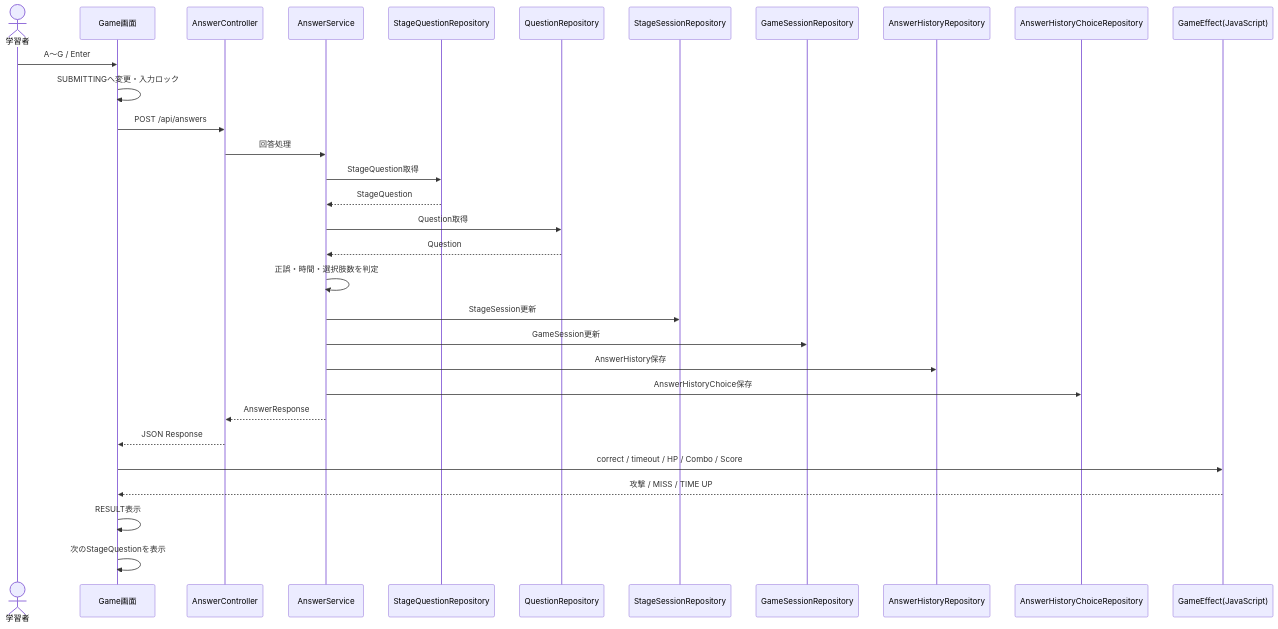
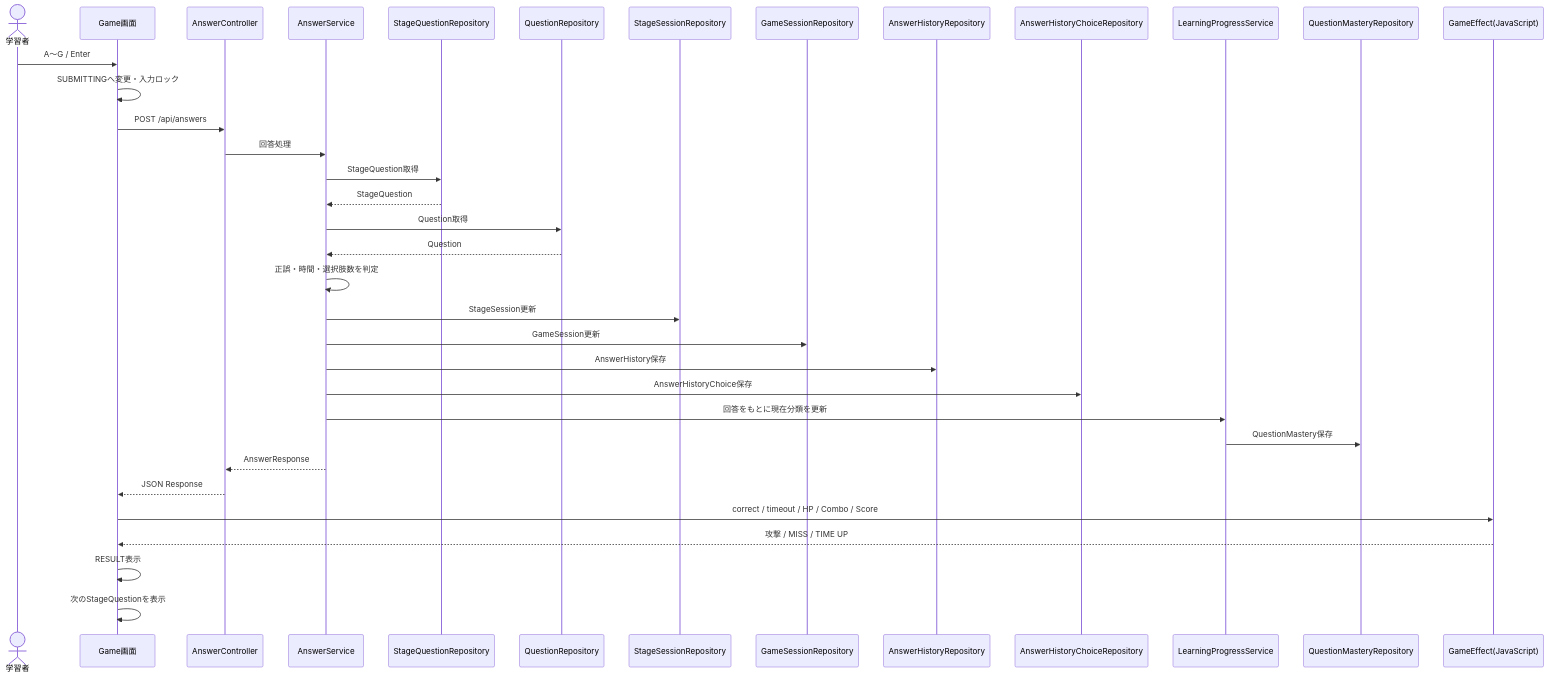
Diagram 19 of 29 in README.md (suu-dev-0203/graduation_JAVAgame), drawn with Mermaid before and after one commit. The commit also changed other lines of this file and 25 other files, not shown here.

````diff
--- a/README.md
+++ b/README.md
@@ -911,34 +911,38 @@
 ```mermaid
 sequenceDiagram
     actor User as 学習者
     participant UI as Game画面
     participant AC as AnswerController
     participant AS as AnswerService
     participant SQR as StageQuestionRepository
     participant QR as QuestionRepository
     participant SR as StageSessionRepository
     participant GR as GameSessionRepository
     participant HR as AnswerHistoryRepository
     participant HCR as AnswerHistoryChoiceRepository
+    participant LPS as LearningProgressService
+    participant QMR as QuestionMasteryRepository
     participant JS as GameEffect(JavaScript)
 
     User->>UI: A～G / Enter
     UI->>UI: SUBMITTINGへ変更・入力ロック
     UI->>AC: POST /api/answers
     AC->>AS: 回答処理
     AS->>SQR: StageQuestion取得
     SQR-->>AS: StageQuestion
     AS->>QR: Question取得
     QR-->>AS: Question
     AS->>AS: 正誤・時間・選択肢数を判定
     AS->>SR: StageSession更新
     AS->>GR: GameSession更新
     AS->>HR: AnswerHistory保存
     AS->>HCR: AnswerHistoryChoice保存
+    AS->>LPS: 回答をもとに現在分類を更新
+    LPS->>QMR: QuestionMastery保存
     AS-->>AC: AnswerResponse
     AC-->>UI: JSON Response
     UI->>JS: correct / timeout / HP / Combo / Score
     JS-->>UI: 攻撃 / MISS / TIME UP
     UI->>UI: RESULT表示
     UI->>UI: 次のStageQuestionを表示
 ```
````
